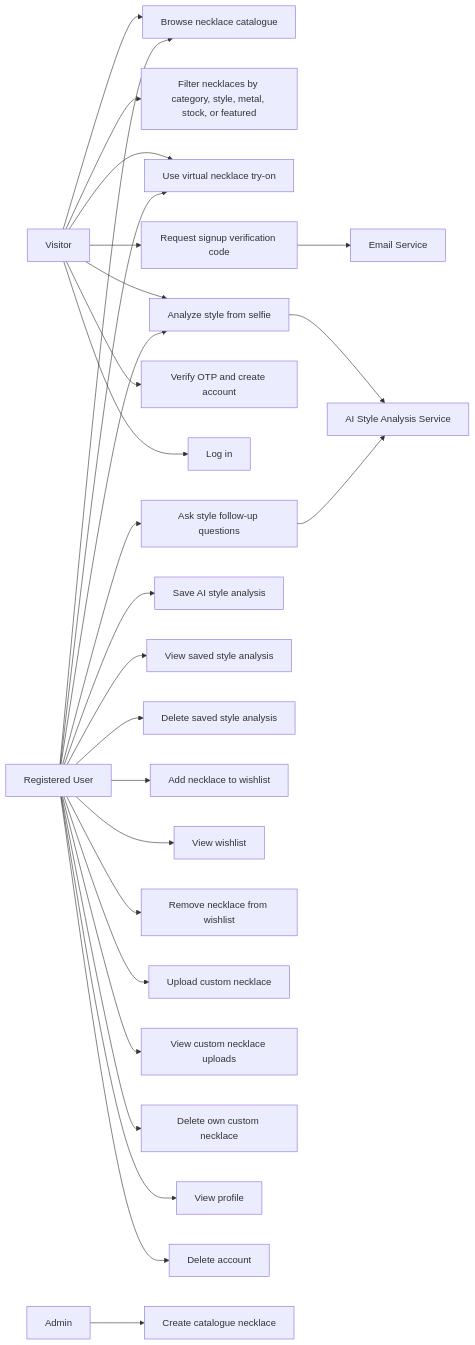
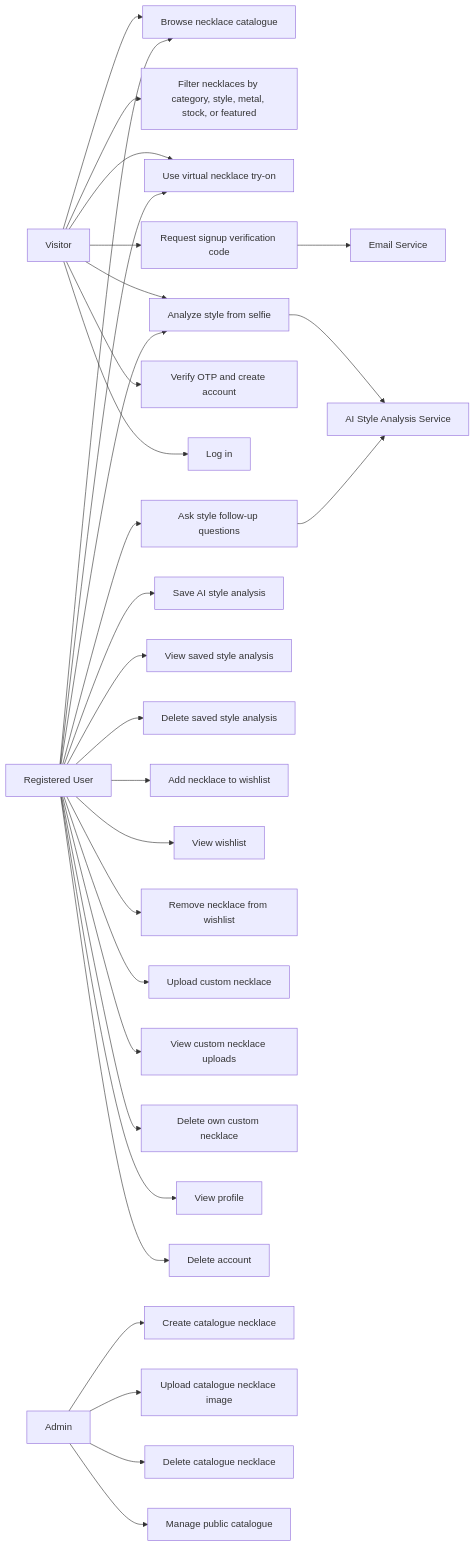
Before and after one commit to tiaoueiss/lumiere: the first of 6 diagrams in docs/uml-diagrams.md, drawn with Mermaid. The commit also changed other lines of this file and 14 other files, not shown here.

````diff
--- a/docs/uml-diagrams.md
+++ b/docs/uml-diagrams.md
@@ -7,39 +7,42 @@
 ```mermaid
 flowchart LR
   visitor["Visitor"]
   user["Registered User"]
   admin["Admin"]
   ai["AI Style Analysis Service"]
   email["Email Service"]
 
   visitor --> browse["Browse necklace catalogue"]
   visitor --> filter["Filter necklaces by category, style, metal, stock, or featured"]
   visitor --> tryon["Use virtual necklace try-on"]
   visitor --> analyze["Analyze style from selfie"]
   visitor --> signupOtp["Request signup verification code"]
   visitor --> verifySignup["Verify OTP and create account"]
   visitor --> login["Log in"]
 
   signupOtp --> email
   analyze --> ai
 
   user --> browse
   user --> tryon
   user --> analyze
   user --> followup["Ask style follow-up questions"]
   user --> saveAnalysis["Save AI style analysis"]
   user --> viewSaved["View saved style analysis"]
   user --> deleteSaved["Delete saved style analysis"]
   user --> wishlistAdd["Add necklace to wishlist"]
   user --> wishlistView["View wishlist"]
   user --> wishlistRemove["Remove necklace from wishlist"]
   user --> uploadCustom["Upload custom necklace"]
   user --> viewUploads["View custom necklace uploads"]
   user --> deleteCustom["Delete own custom necklace"]
   user --> viewProfile["View profile"]
   user --> deleteAccount["Delete account"]
 
   followup --> ai
 
   admin --> createCatalogue["Create catalogue necklace"]
+  admin --> uploadCatalogueImage["Upload catalogue necklace image"]
+  admin --> deleteCatalogue["Delete catalogue necklace"]
+  admin --> manageCatalogue["Manage public catalogue"]
 ```
````
